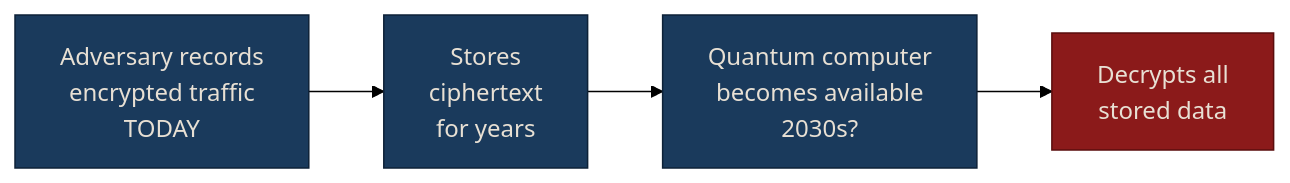
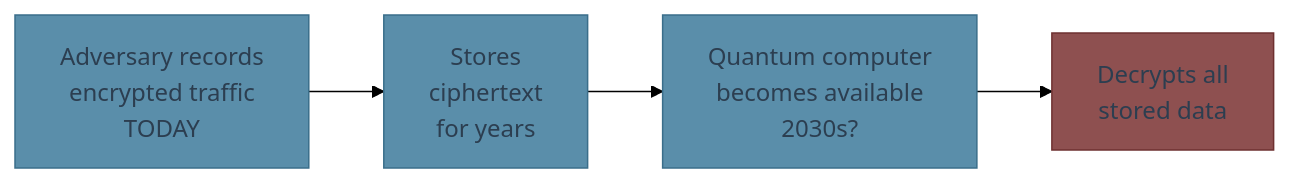
The second of 3 diagrams in 01-why-pqc.md (MichaelTien8901/pqc-engineering-guide), drawn with Mermaid (forest theme) before and after one commit. The commit also changed other lines of this file and 8 other files, not shown here.

First line of the commit message:
Fix Mermaid paper-like styling matching reference project

````diff
--- a/01-why-pqc.md
+++ b/01-why-pqc.md
@@ -62,12 +62,12 @@
 ```mermaid
 flowchart LR
     A[Adversary records<br/>encrypted traffic<br/>TODAY] --> B[Stores<br/>ciphertext<br/>for years]
     B --> C[Quantum computer<br/>becomes available<br/>2030s?]
     C --> D[Decrypts all<br/>stored data]
 
-    classDef dark fill:#1a3a5c,stroke:#0d2137,color:#e8e0d4
-    classDef broken fill:#8b1a1a,stroke:#5a0d0d,color:#e8e0d4
+    classDef dark fill:#5a8eaa,stroke:#3a6e8a,color:#2c3e50
+    classDef broken fill:#8e5050,stroke:#6e3030,color:#2c3e50
 
     class A,B,C dark
     class D broken
 ```
````
